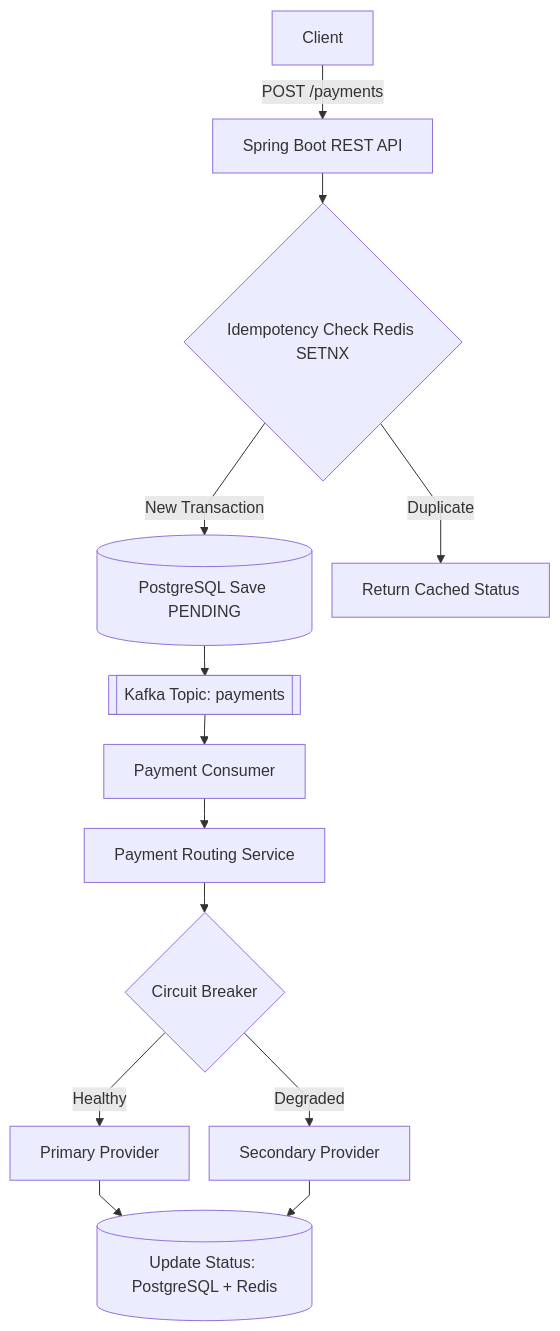
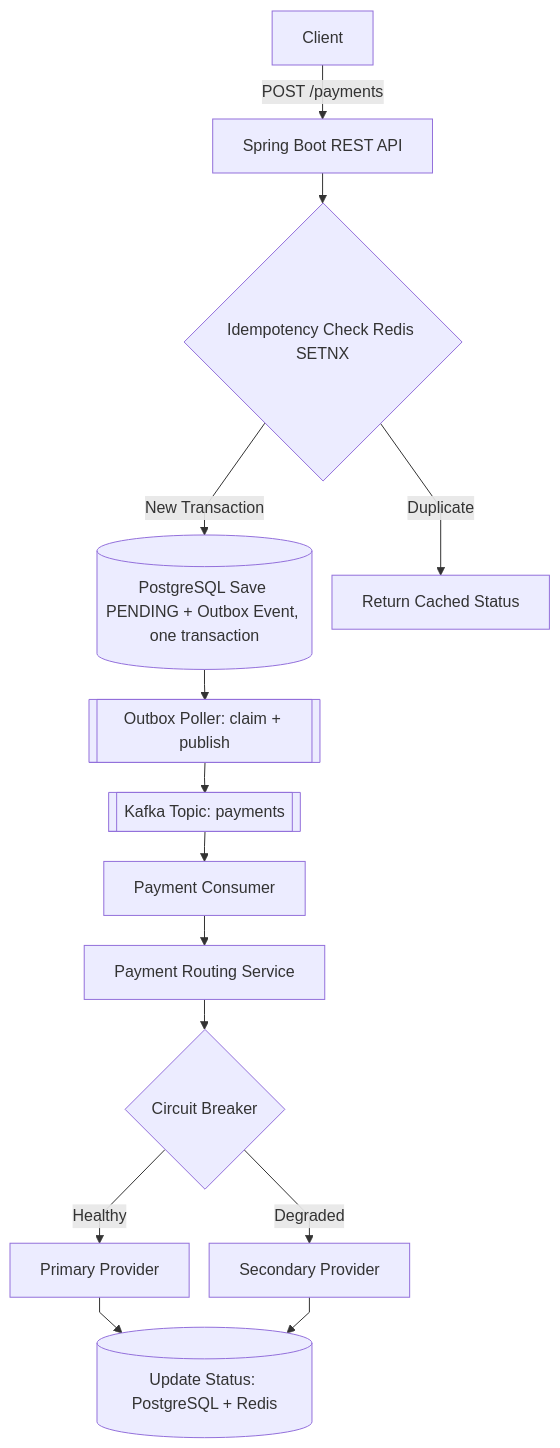
One commit to RevanthPadala7976/payment-gateway changed the first of 2 diagrams in README.md. Above: the diagram before and after it, drawn with Mermaid. The commit also changed other lines of this file, not shown here.

````diff
--- a/README.md
+++ b/README.md
@@ -11,16 +13,17 @@
 ```mermaid
 %%{init: {'theme': 'default', 'flowchart': {'nodeSpacing': 20, 'rankSpacing': 30, 'fontSize': 13, 'curve': 'linear'}}}%%
 flowchart TD
     A[Client] -->|POST /payments| B[Spring Boot REST API]
     B --> C{Idempotency Check Redis SETNX}
-    C -->|New Transaction| D[(PostgreSQL Save PENDING)]
-    D --> E[[Kafka Topic: payments]]
-    E --> F[Payment Consumer]
-    F --> G[Payment Routing Service]
-    G --> H{Circuit Breaker}
-    H -->|Healthy| I[Primary Provider]
-    H -->|Degraded| J[Secondary Provider]
-    I --> K[(Update Status: PostgreSQL + Redis)]
-    J --> K
-    C -->|Duplicate| L[Return Cached Status]
+    C -->|New Transaction| D[(PostgreSQL Save PENDING + Outbox Event, one transaction)]
+    D --> E[[Outbox Poller: claim + publish]]
+    E --> F[[Kafka Topic: payments]]
+    F --> G[Payment Consumer]
+    G --> H[Payment Routing Service]
+    H --> I{Circuit Breaker}
+    I -->|Healthy| J[Primary Provider]
+    I -->|Degraded| K[Secondary Provider]
+    J --> L[(Update Status: PostgreSQL + Redis)]
+    K --> L
+    C -->|Duplicate| M[Return Cached Status]
 ```
````
